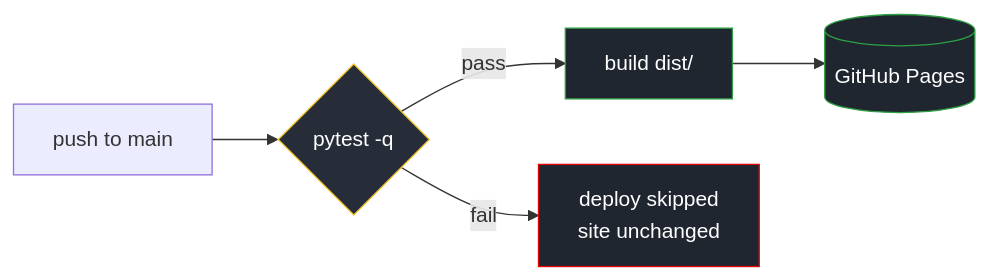
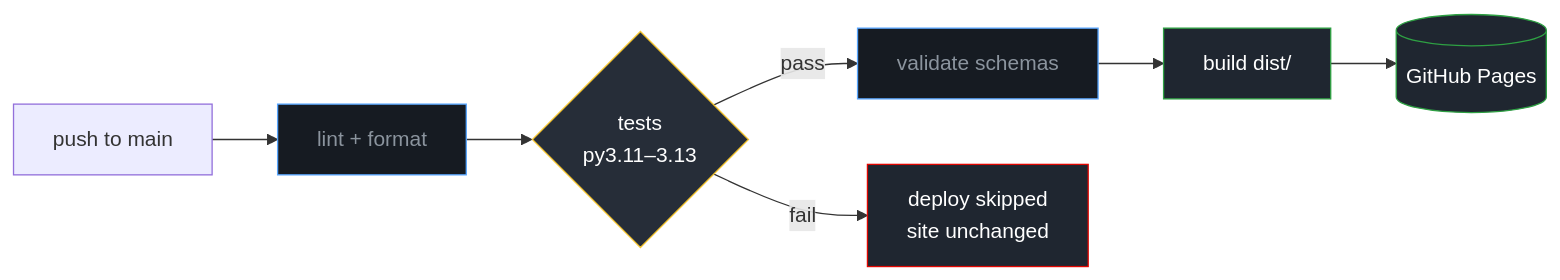
One commit to NikoKiru/f1podigami changed the second of 2 diagrams in README.md. Above: the diagram before and after it, drawn with Mermaid. The commit also changed other lines of this file, not shown here.

First line of the commit message:
Overhaul README: 192 tests, overdue page, full file map, richer diagrams (#60)

````diff
--- a/README.md
+++ b/README.md
@@ -197,10 +236,11 @@
 ```mermaid
 flowchart LR
-    classDef ok fill:#1f2630,stroke:#2ea043,color:#fff;
-    classDef bad fill:#1f2630,stroke:#e10600,color:#fff;
-    classDef gate fill:#262d38,stroke:#f4c430,color:#fff;
+    classDef ok fill:#1f2630,stroke:#2ea043,color:#fff
+    classDef bad fill:#1f2630,stroke:#e10600,color:#fff
+    classDef gate fill:#262d38,stroke:#f4c430,color:#fff
+    classDef ci fill:#161b22,stroke:#58a6ff,color:#8b949e
 
-    P[push to main] --> T{pytest -q}:::gate
-    T -- pass --> B[build dist/]:::ok --> D[(GitHub Pages)]:::ok
+    P[push to main] --> L[lint + format]:::ci --> T{tests<br/>py3.11–3.13}:::gate
+    T -- pass --> V[validate schemas]:::ci --> B[build dist/]:::ok --> D[(GitHub Pages)]:::ok
     T -- fail --> X[deploy skipped<br/>site unchanged]:::bad
 ```
````
